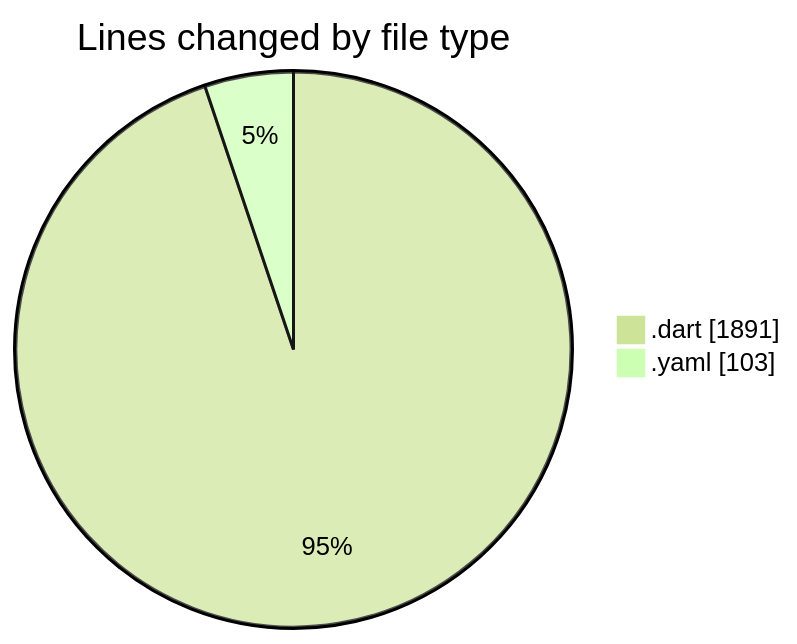
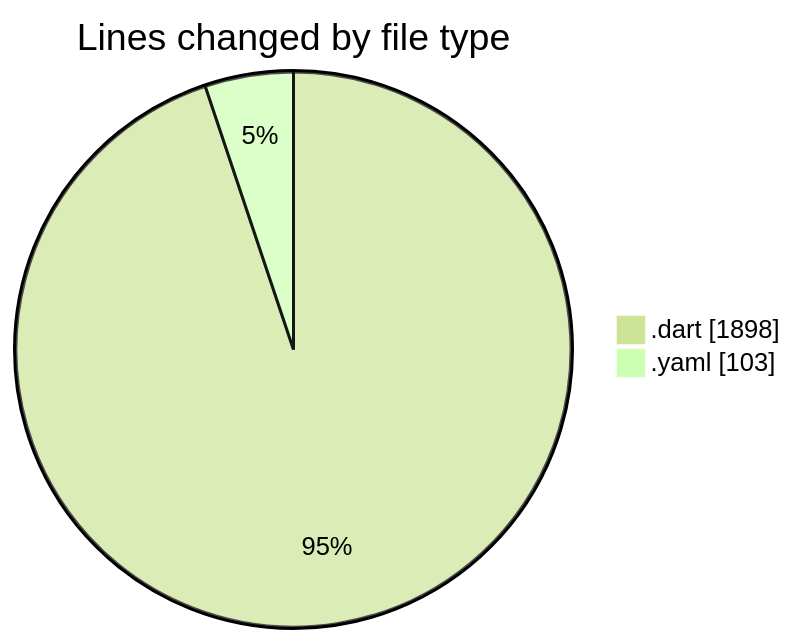
One commit to donsfak/code-tracking changed the first of 2 diagrams in 2025-02-25/trackers_app/README.md. Above: the diagram before and after it, drawn with Mermaid (forest theme). The commit also changed other lines of this file and 1 other file, not shown here.

````diff
--- a/2025-02-25/trackers_app/README.md
+++ b/2025-02-25/trackers_app/README.md
@@ -31,6 +31,6 @@
 ```mermaid
 pie showData
 title Lines changed by file type
-".dart" : 1891
+".dart" : 1898
 ".yaml" : 103
 ```
````
